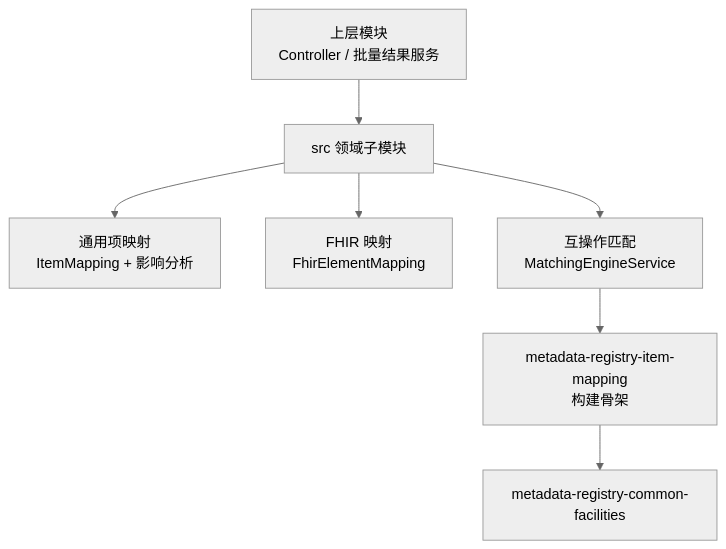
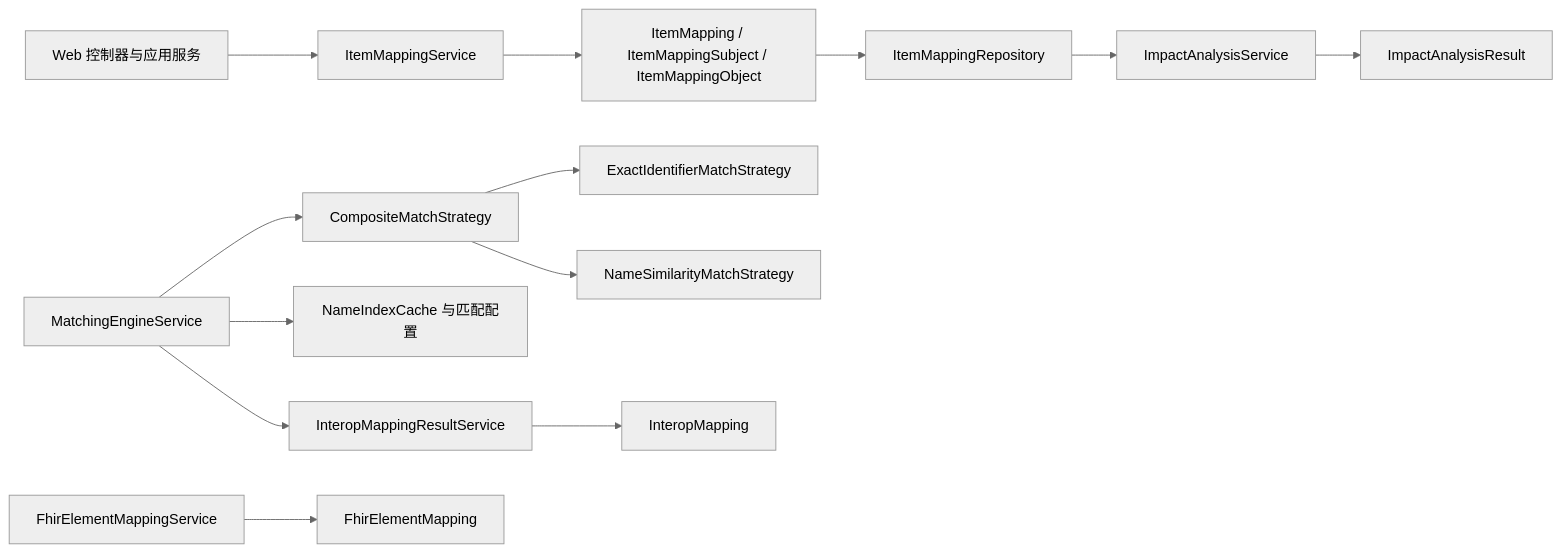
Before and after one commit to matrixlane/MetadataRegistry4J: the diagram in docs/architecture/modules/metadata-registry-item-mapping.md, drawn with Mermaid (neutral theme). The commit also changed other lines of this file and 321 other files, not shown here.

````diff
--- a/docs/architecture/modules/metadata-registry-item-mapping.md
+++ b/docs/architecture/modules/metadata-registry-item-mapping.md
@@ -26,9 +16,18 @@
 ```mermaid
-graph TD
-    A["上层模块<br/>Controller / 批量结果服务"] --> B["src 领域子模块"]
-    B --> C["通用项映射<br/>ItemMapping + 影响分析"]
-    B --> D["FHIR 映射<br/>FhirElementMapping"]
-    B --> E["互操作匹配<br/>MatchingEngineService"]
-    E --> F["metadata-registry-item-mapping<br/>构建骨架"]
-    F --> G["metadata-registry-common-facilities"]
+flowchart LR
+    W["Web 控制器与应用服务"] --> S["ItemMappingService"]
+    S --> E["ItemMapping / ItemMappingSubject / ItemMappingObject"]
+    E --> R["ItemMappingRepository"]
+
+    X["MatchingEngineService"] --> C["CompositeMatchStrategy"]
+    C --> X1["ExactIdentifierMatchStrategy"]
+    C --> X2["NameSimilarityMatchStrategy"]
+    X --> N["NameIndexCache 与匹配配置"]
+    X --> O["InteropMappingResultService"]
+    O --> OM["InteropMapping"]
+
+    R --> I["ImpactAnalysisService"]
+    I --> IR["ImpactAnalysisResult"]
+
+    F["FhirElementMappingService"] --> H["FhirElementMapping"]
 ```
````
